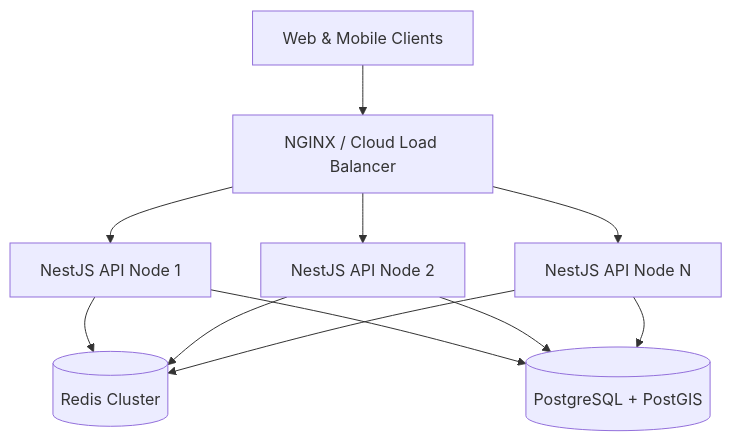
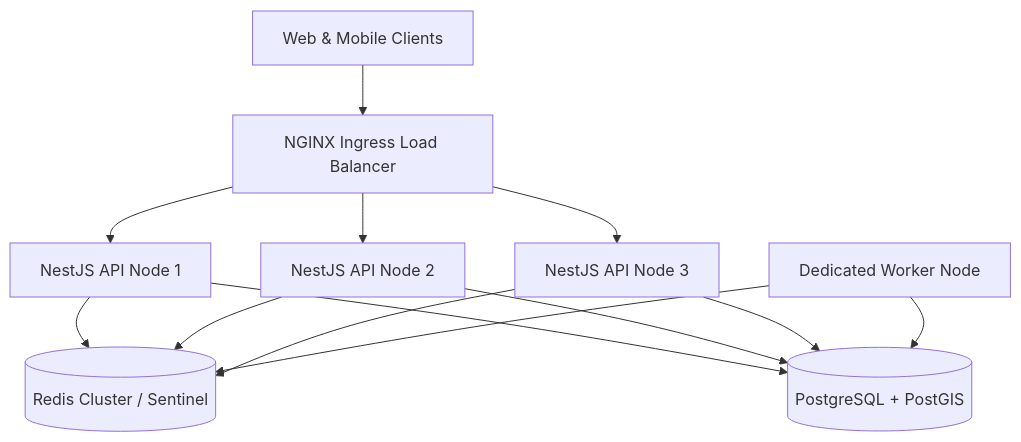
The diagram in docs/operations/scale-readiness.md (MTLab1122/Rental_Marketplace), drawn with Mermaid before and after one commit. The commit also changed other lines of this file and 30 other files, not shown here.

````diff
--- a/docs/operations/scale-readiness.md
+++ b/docs/operations/scale-readiness.md
@@ -13,13 +16,15 @@
 ```mermaid
 flowchart TD
-  Client[Web & Mobile Clients] --> LB[NGINX / Cloud Load Balancer]
+  Client[Web & Mobile Clients] --> LB[NGINX Ingress Load Balancer]
   LB --> API1[NestJS API Node 1]
   LB --> API2[NestJS API Node 2]
-  LB --> APIN[NestJS API Node N]
-  API1 --> Redis[(Redis Cluster)]
+  LB --> API3[NestJS API Node 3]
+  API1 --> Redis[(Redis Cluster / Sentinel)]
   API2 --> Redis
-  APIN --> Redis
+  API3 --> Redis
   API1 --> DB[(PostgreSQL + PostGIS)]
   API2 --> DB
-  APIN --> DB
+  API3 --> DB
+  Worker[Dedicated Worker Node] --> Redis
+  Worker --> DB
 ```
````
